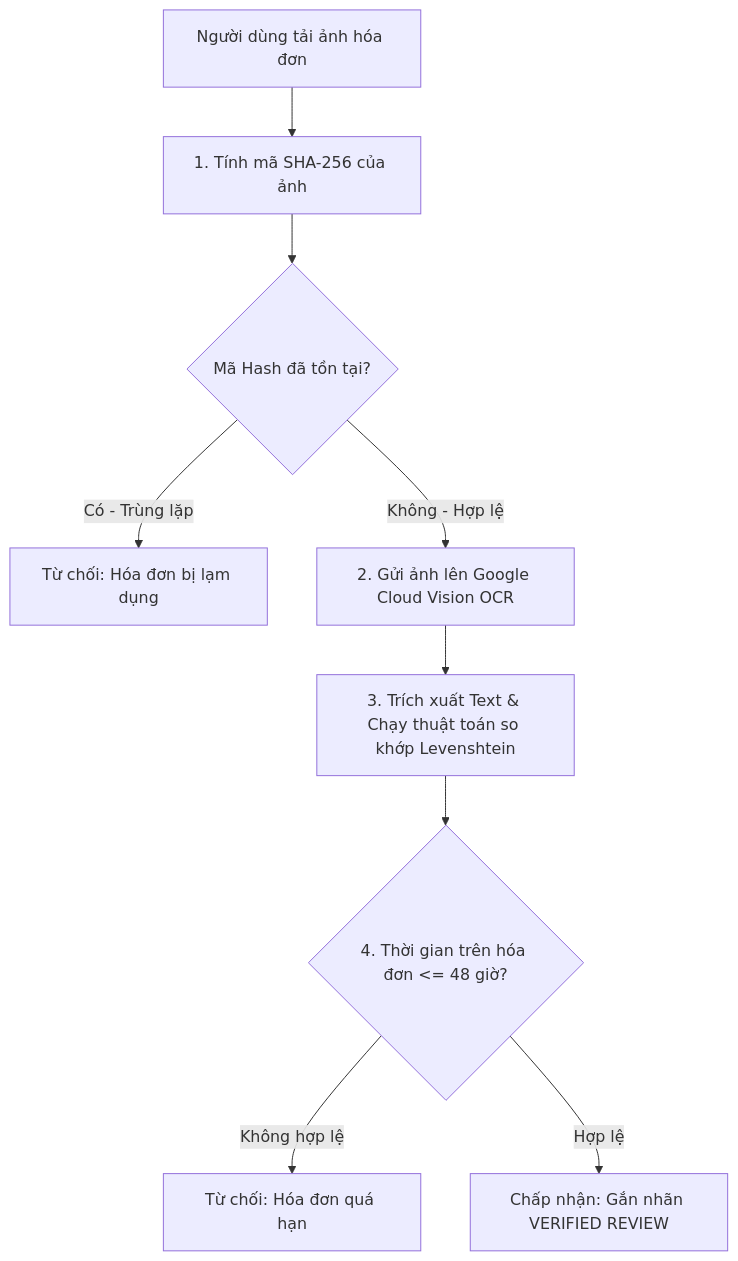
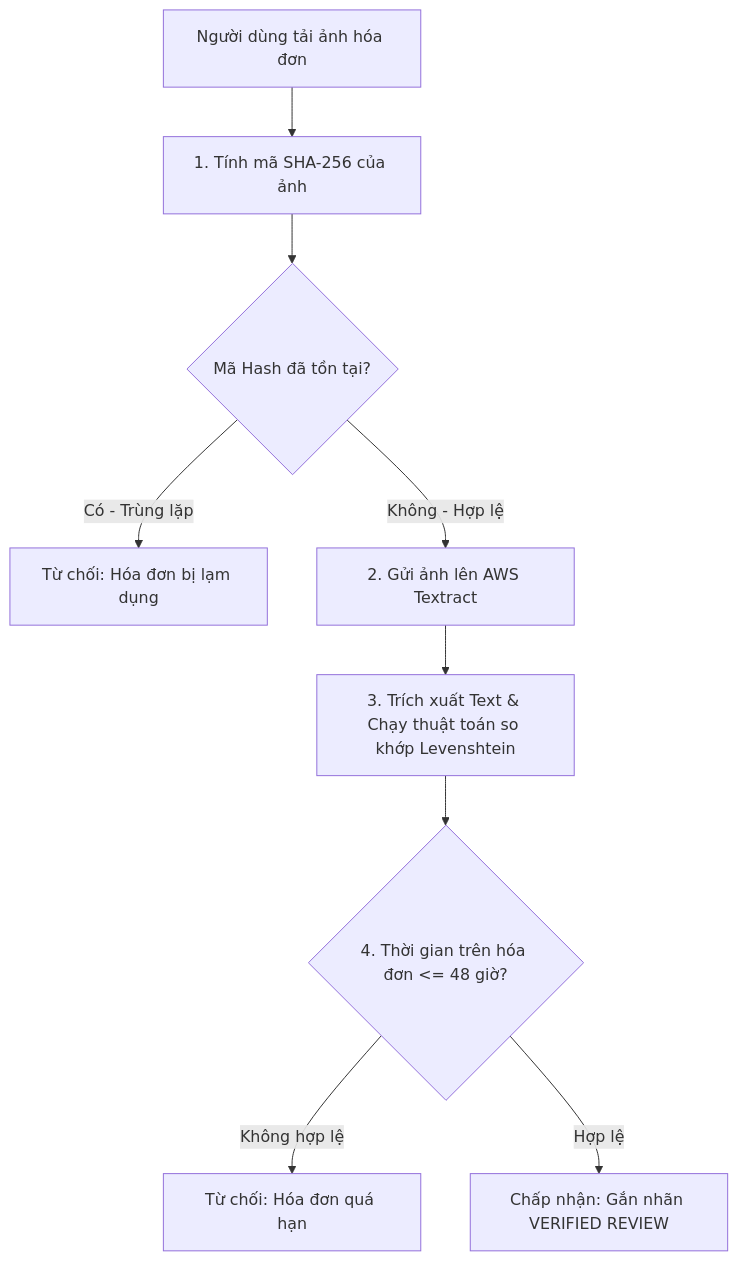
One commit to NguyenSonnt04/docs_trustbite changed the diagram in 03_Security_Algorithms/Anti_Fraud_Specification.md. Above: the diagram before and after it, drawn with Mermaid. The commit also changed other lines of this file and 3 other files, not shown here.

````diff
--- a/03_Security_Algorithms/Anti_Fraud_Specification.md
+++ b/03_Security_Algorithms/Anti_Fraud_Specification.md
@@ -37,14 +37,14 @@
 ```mermaid
 graph TD
     Upload[Người dùng tải ảnh hóa đơn] --> Hash[1. Tính mã SHA-256 của ảnh]
     Hash --> CheckHash{Mã Hash đã tồn tại?}
     
     CheckHash -->|Có - Trùng lặp| RejectHash[Từ chối: Hóa đơn bị lạm dụng]
-    CheckHash -->|Không - Hợp lệ| OCR[2. Gửi ảnh lên Google Cloud Vision OCR]
+    CheckHash -->|Không - Hợp lệ| OCR[2. Gửi ảnh lên AWS Textract]
     
     OCR --> NLP[3. Trích xuất Text & Chạy thuật toán so khớp Levenshtein]
     NLP --> CompareTime{4. Thời gian trên hóa đơn <= 48 giờ?}
     
     CompareTime -->|Không hợp lệ| RejectTime[Từ chối: Hóa đơn quá hạn]
     CompareTime -->|Hợp lệ| AcceptReview[Chấp nhận: Gắn nhãn VERIFIED REVIEW]
 ```
````
